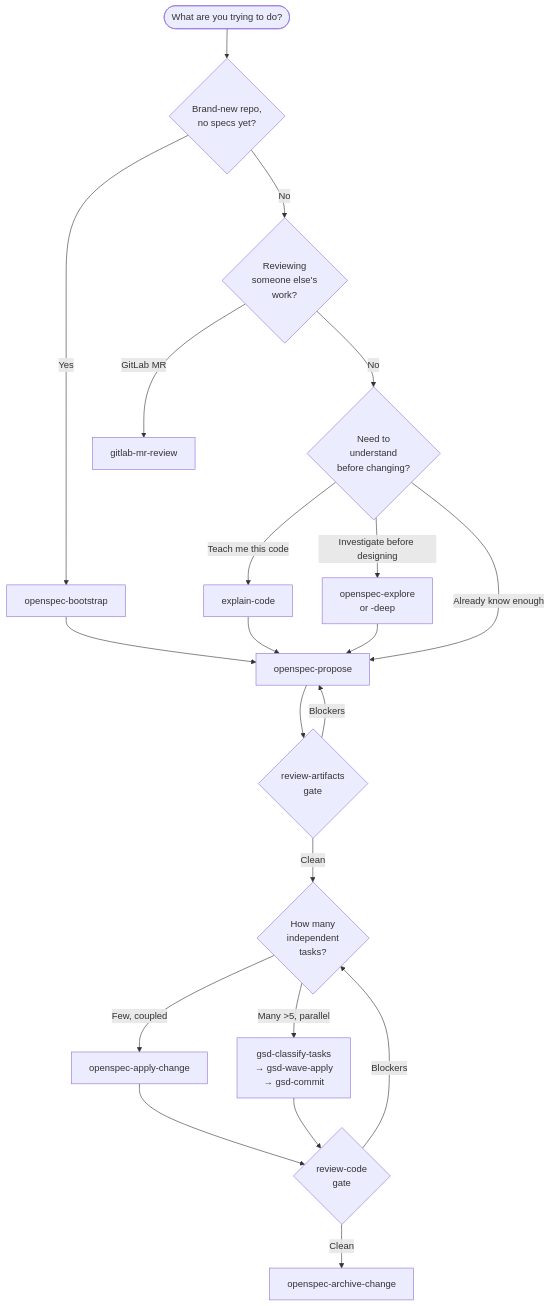
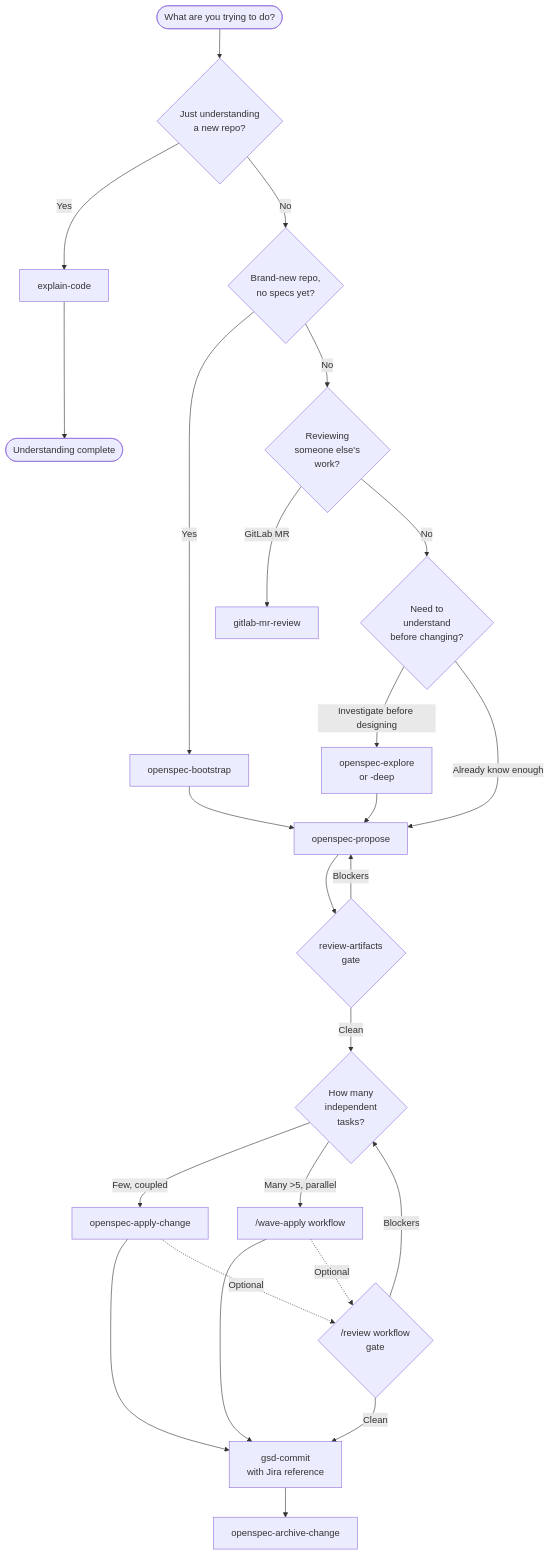
Before and after one commit to renzrollon/carl-workflow: the diagram in README.md, drawn with Mermaid. The commit also changed other lines of this file and 22 other files, not shown here.

````diff
--- a/README.md
+++ b/README.md
@@ -30,23 +30,27 @@
 ```mermaid
 flowchart TD
-    Start([What are you trying to do?]) --> Q1{Brand-new repo,<br/>no specs yet?}
+    Start([What are you trying to do?]) --> Q0{Just understanding<br/>a new repo?}
+    Q0 -->|Yes| Explain[explain-code]
+    Explain --> EndUnderstand([Understanding complete])
+    Q0 -->|No| Q1{Brand-new repo,<br/>no specs yet?}
     Q1 -->|Yes| Bootstrap[openspec-bootstrap]
     Q1 -->|No| Q2{Reviewing<br/>someone else's<br/>work?}
     Q2 -->|GitLab MR| MR[gitlab-mr-review]
     Q2 -->|No| Q3{Need to<br/>understand<br/>before changing?}
-    Q3 -->|Teach me this code| Explain[explain-code]
     Q3 -->|Investigate before designing| ExploreLite[openspec-explore<br/>or -deep]
     Q3 -->|Already know enough| Propose[openspec-propose]
     Bootstrap --> Propose
-    Explain --> Propose
     ExploreLite --> Propose
     Propose --> Gate1{review-artifacts<br/>gate}
     Gate1 -->|Blockers| Propose
     Gate1 -->|Clean| Q6{How many<br/>independent<br/>tasks?}
     Q6 -->|Few, coupled| Apply[openspec-apply-change]
-    Q6 -->|Many >5, parallel| Wave[gsd-classify-tasks<br/>→ gsd-wave-apply<br/>→ gsd-commit]
-    Apply --> Gate2{review-code<br/>gate}
-    Wave --> Gate2
+    Q6 -->|Many >5, parallel| Wave["/wave-apply workflow"]
+    Apply --> Commit[gsd-commit<br/>with Jira reference]
+    Wave --> Commit
+    Apply -.->|Optional| Gate2{"/review workflow<br/>gate"}
+    Wave -.->|Optional| Gate2
     Gate2 -->|Blockers| Q6
-    Gate2 -->|Clean| Archive[openspec-archive-change]
+    Gate2 -->|Clean| Commit
+    Commit --> Archive[openspec-archive-change]
 ```
````
